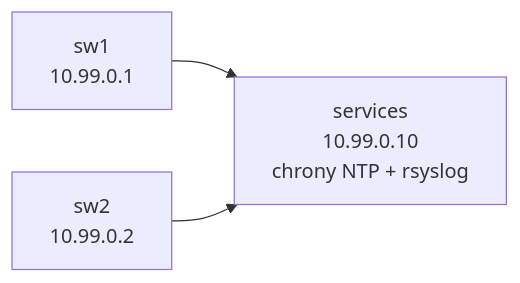
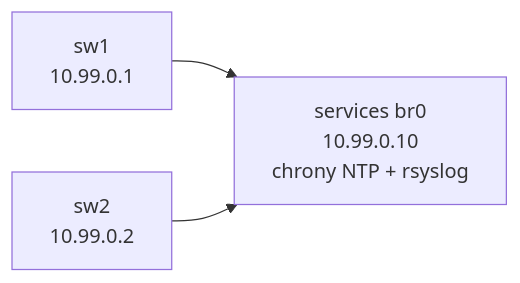
One commit to alukacs03/clauntainerlab changed the diagram in labs/10-logging-ntp-baseline/README.md. Above: the diagram before and after it, drawn with Mermaid. The commit also changed other lines of this file and 88 other files, not shown here.

````diff
--- a/labs/10-logging-ntp-baseline/README.md
+++ b/labs/10-logging-ntp-baseline/README.md
@@ -29,6 +29,6 @@
 ```mermaid
 graph LR
-    sw1[sw1<br/>10.99.0.1] --> svc
-    sw2[sw2<br/>10.99.0.2] --> svc
-    svc[services<br/>10.99.0.10<br/>chrony NTP + rsyslog]
+    sw1[sw1<br/>10.99.0.1] --> br0
+    sw2[sw2<br/>10.99.0.2] --> br0
+    br0["services br0<br/>10.99.0.10<br/>chrony NTP + rsyslog"]
 ```
````
